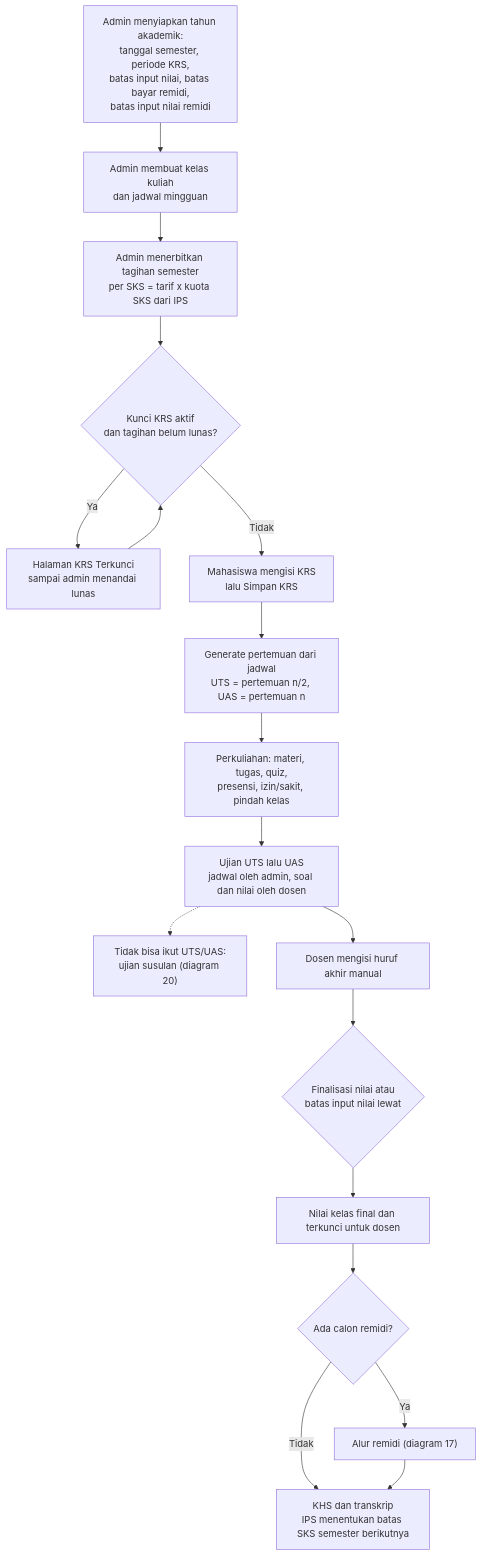
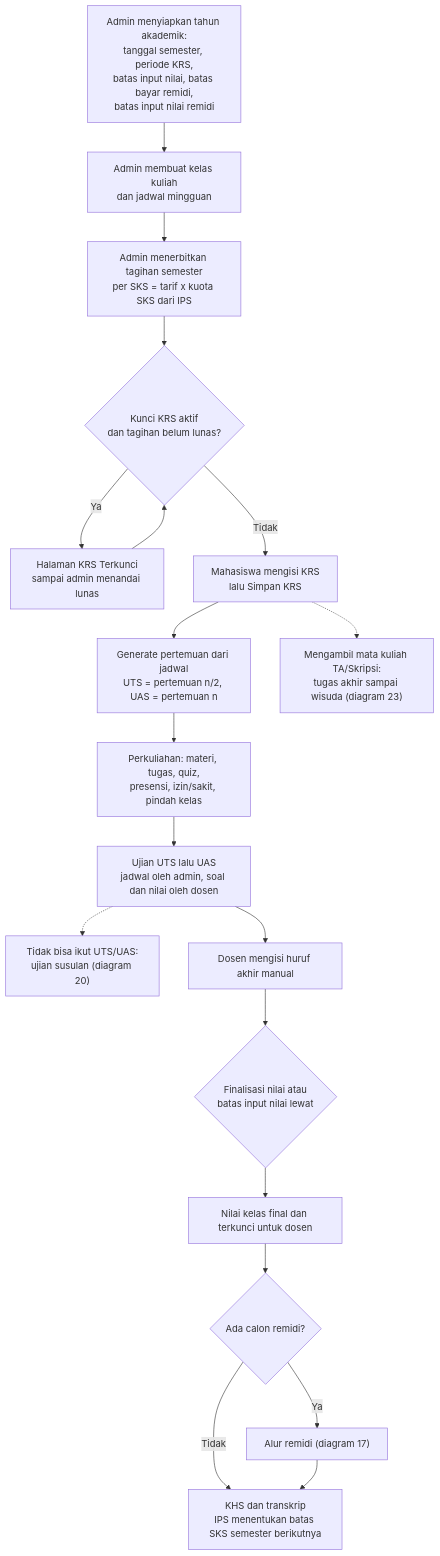
One commit to Velocity-Developer/sia-vd changed the second of 27 diagrams in docs/system-flowchart.md. Above: the diagram before and after it, drawn with Mermaid. The commit also changed other lines of this file and 2 other files, not shown here.

Commit message:
docs: alur & flowchart tugas akhir, pendadaran, dan wisuda

````diff
--- a/docs/system-flowchart.md
+++ b/docs/system-flowchart.md
@@ -102,20 +109,21 @@
 ```mermaid
 flowchart TD
     A["Admin menyiapkan tahun akademik:<br/>tanggal semester, periode KRS,<br/>batas input nilai, batas bayar remidi,<br/>batas input nilai remidi"] --> B["Admin membuat kelas kuliah<br/>dan jadwal mingguan"]
     B --> C["Admin menerbitkan tagihan semester<br/>per SKS = tarif x kuota SKS dari IPS"]
     C --> D{"Kunci KRS aktif<br/>dan tagihan belum lunas?"}
     D -- Ya --> E["Halaman KRS Terkunci<br/>sampai admin menandai lunas"]
     E --> D
     D -- Tidak --> F["Mahasiswa mengisi KRS<br/>lalu Simpan KRS"]
     F --> G["Generate pertemuan dari jadwal<br/>UTS = pertemuan n/2, UAS = pertemuan n"]
     G --> H["Perkuliahan: materi, tugas, quiz,<br/>presensi, izin/sakit, pindah kelas"]
     H --> I["Ujian UTS lalu UAS<br/>jadwal oleh admin, soal dan nilai oleh dosen"]
     I -.-> SUS["Tidak bisa ikut UTS/UAS:<br/>ujian susulan (diagram 20)"]
+    F -.-> TAK["Mengambil mata kuliah TA/Skripsi:<br/>tugas akhir sampai wisuda (diagram 23)"]
     I --> J["Dosen mengisi huruf akhir manual"]
     J --> K{"Finalisasi nilai atau<br/>batas input nilai lewat"}
     K --> L["Nilai kelas final dan terkunci untuk dosen"]
     L --> M{"Ada calon remidi?"}
     M -- Tidak --> Z["KHS dan transkrip<br/>IPS menentukan batas SKS semester berikutnya"]
     M -- Ya --> N["Alur remidi (diagram 17)"]
     N --> Z
 ```
````
